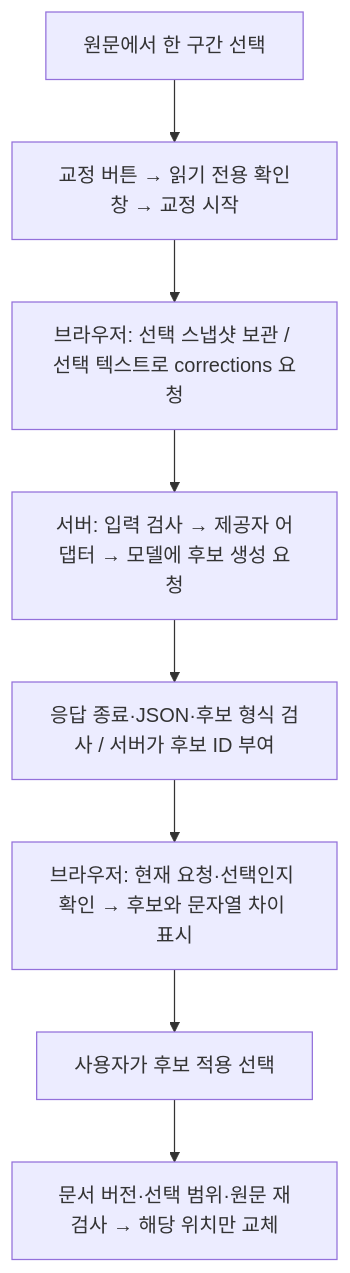
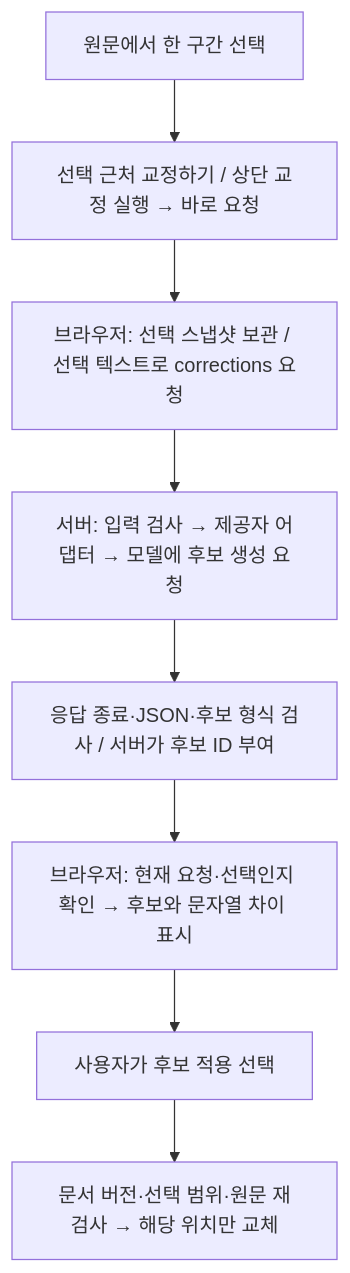
Before and after one commit to dhwjdgh1122/writing-demo: the first of 2 diagrams in docs/ARCHITECTURE.md, drawn with Mermaid. The commit also changed other lines of this file and 17 other files, not shown here.

````diff
--- a/docs/ARCHITECTURE.md
+++ b/docs/ARCHITECTURE.md
@@ -33,10 +33,10 @@
 ```mermaid
 flowchart TD
-    A["원문에서 한 구간 선택"] --> B["교정 버튼 → 읽기 전용 확인창 → 교정 시작"]
+    A["원문에서 한 구간 선택"] --> B["선택 근처 교정하기 / 상단 교정 실행 → 바로 요청"]
     B --> C["브라우저: 선택 스냅샷 보관 / 선택 텍스트로 corrections 요청"]
     C --> D["서버: 입력 검사 → 제공자 어댑터 → 모델에 후보 생성 요청"]
     D --> E["응답 종료·JSON·후보 형식 검사 / 서버가 후보 ID 부여"]
     E --> F["브라우저: 현재 요청·선택인지 확인 → 후보와 문자열 차이 표시"]
     F --> G["사용자가 후보 적용 선택"]
     G --> H["문서 버전·선택 범위·원문 재검사 → 해당 위치만 교체"]
 ```
````
